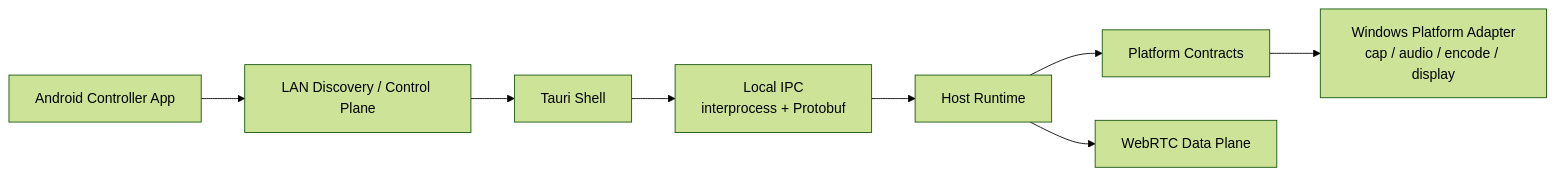
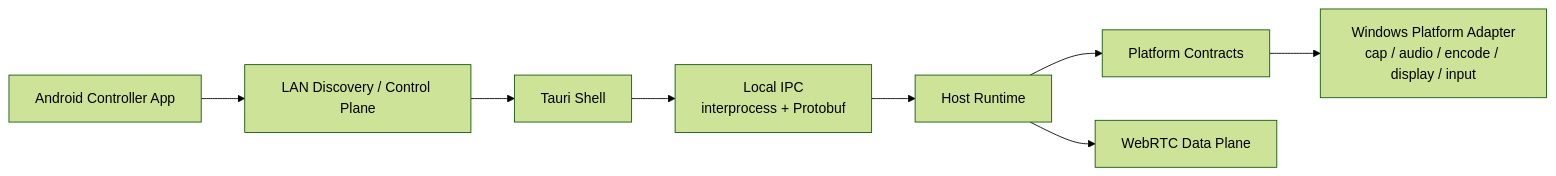
One commit to ParadiseZ/AkaDesk changed the first of 9 diagrams in docs/项目流程图.md. Above: the diagram before and after it, drawn with Mermaid (forest theme). The commit also changed other lines of this file and 5 other files, not shown here.

Commit message:
feat: 更新技术文档以反映最新设计决策 - 更新技术选型文档，增加输入抽象能力 - 更新数据结构设计文档，增加会话状态时间戳 - 更新模块与目录设计文档，增加输入模块目录 - 更新项目流程图文档，增加输入能力的流程 - 新增 contracts 接口设计文档，定义抽象接口 - 新增状态机定义文档，固定状态流转规则

````diff
--- a/docs/项目流程图.md
+++ b/docs/项目流程图.md
@@ -25,10 +25,10 @@
 ```mermaid
 flowchart LR
     A["Android Controller App"] --> B["LAN Discovery / Control Plane"]
     B --> C["Tauri Shell"]
     C --> D["Local IPC<br/>interprocess + Protobuf"]
     D --> E["Host Runtime"]
     E --> F["Platform Contracts"]
-    F --> G["Windows Platform Adapter<br/>cap / audio / encode / display"]
+    F --> G["Windows Platform Adapter<br/>cap / audio / encode / display / input"]
     E --> H["WebRTC Data Plane"]
 ```
````
